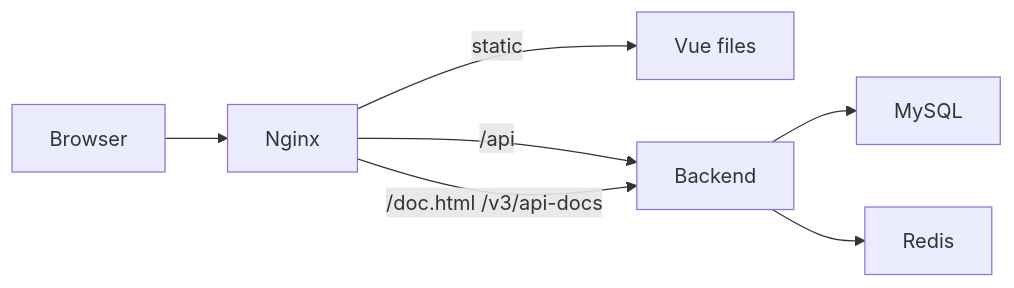
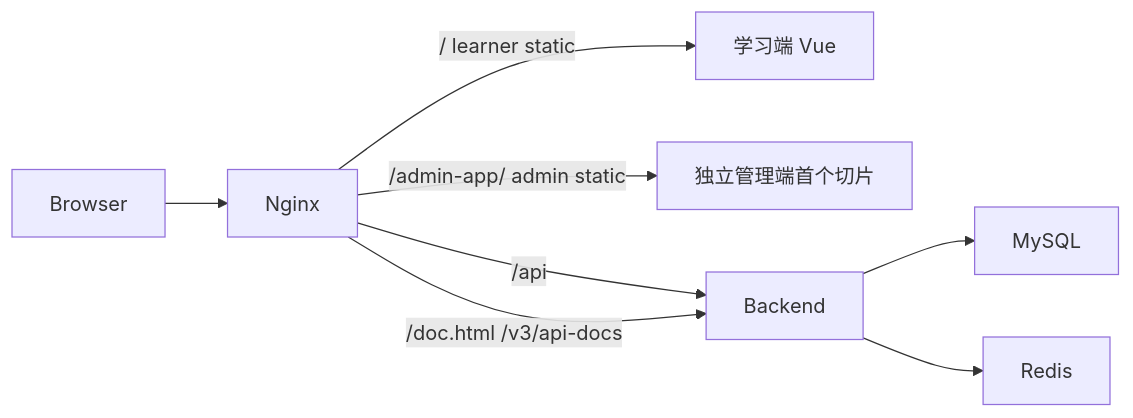
The diagram in docs/architecture/deployment.md (umico8832/LearnPlatform), drawn with Mermaid before and after one commit. The commit also changed other lines of this file and 20 other files, not shown here.

````diff
--- a/docs/architecture/deployment.md
+++ b/docs/architecture/deployment.md
@@ -19,9 +19,10 @@
 ```mermaid
 flowchart LR
     Browser --> Nginx
-    Nginx -->|static| SPA["Vue files"]
+    Nginx -->|/ learner static| Learner["学习端 Vue"]
+    Nginx -->|/admin-app/ admin static| Admin["独立管理端首个切片"]
     Nginx -->|/api| Backend
     Nginx -->|/doc.html /v3/api-docs| Backend
     Backend --> MySQL
     Backend --> Redis
 ```
````
